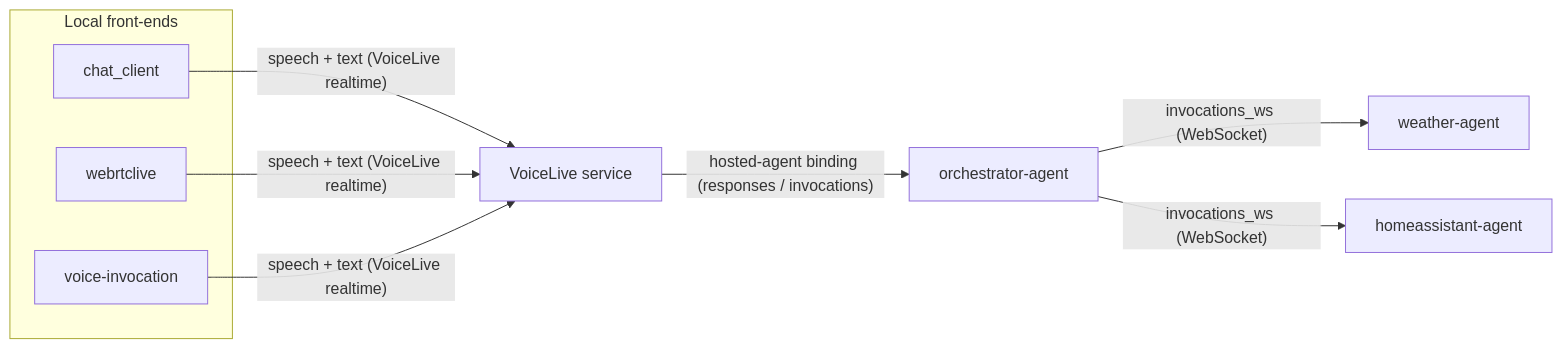
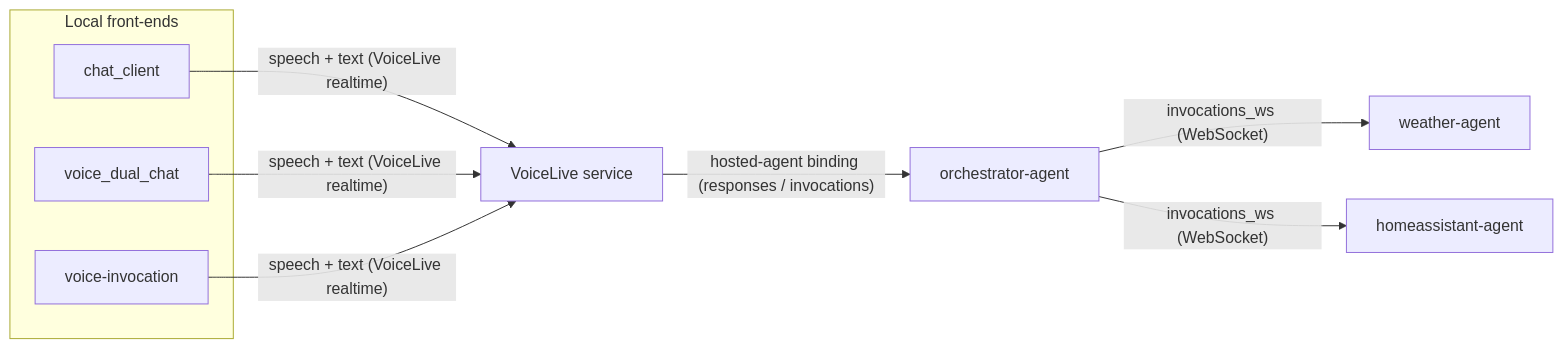
The diagram in README.md (denniszielke/voicelive-agents-to-reachy), drawn with Mermaid before and after one commit. The commit also changed other lines of this file and 8 other files, not shown here.

````diff
--- a/README.md
+++ b/README.md
@@ -22,13 +22,13 @@
 ```mermaid
 graph LR
   subgraph Local front-ends
     CC[chat_client]
-    WR[webrtclive]
+    WR[voice_dual_chat]
     VI[voice-invocation]
   end
 
   CC & WR & VI -->|"speech + text (VoiceLive realtime)"| VLS[VoiceLive service]
   VLS -->|"hosted-agent binding (responses / invocations)"| ORC[orchestrator-agent]
   ORC -->|"invocations_ws (WebSocket)"| WA[weather-agent]
   ORC -->|"invocations_ws (WebSocket)"| HA[homeassistant-agent]
 ```
````
